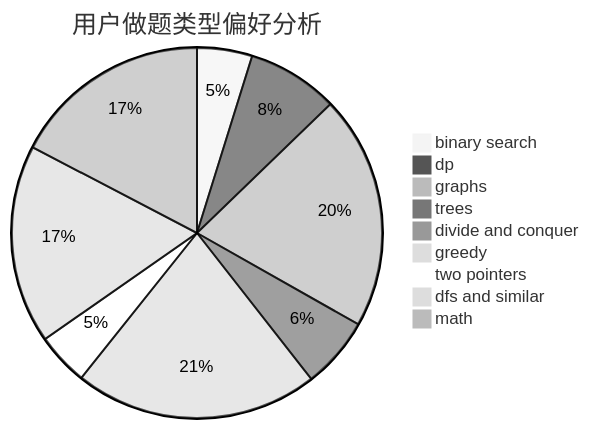
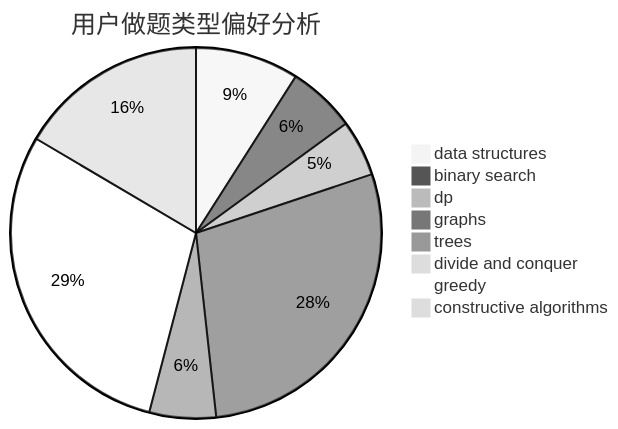
The second of 3 diagrams in docs/user/u5.md (sherpahu/cfrs.github.io), drawn with Mermaid (neutral theme) before and after one commit. The commit also changed other lines of this file and 2775 other files, not shown here.

````diff
--- a/docs/user/u5.md
+++ b/docs/user/u5.md
@@ -23,12 +23,11 @@
 ```mermaid
 pie title 用户做题类型偏好分析
-    "binary search" :  61
-    "dp" :  101
-    "graphs" :  259
-    "trees" :  79
+    "data structures" :  70
+    "binary search" :  46
+    "dp" :  38
+    "graphs" :  220
+    "trees" :  45
     "divide and conquer" :  5
-    "greedy" :  270
-    "two pointers" :  58
-    "dfs and similar" :  220
-    "math" :  220
+    "greedy" :  228
+    "constructive algorithms" :  128
 ```
````
